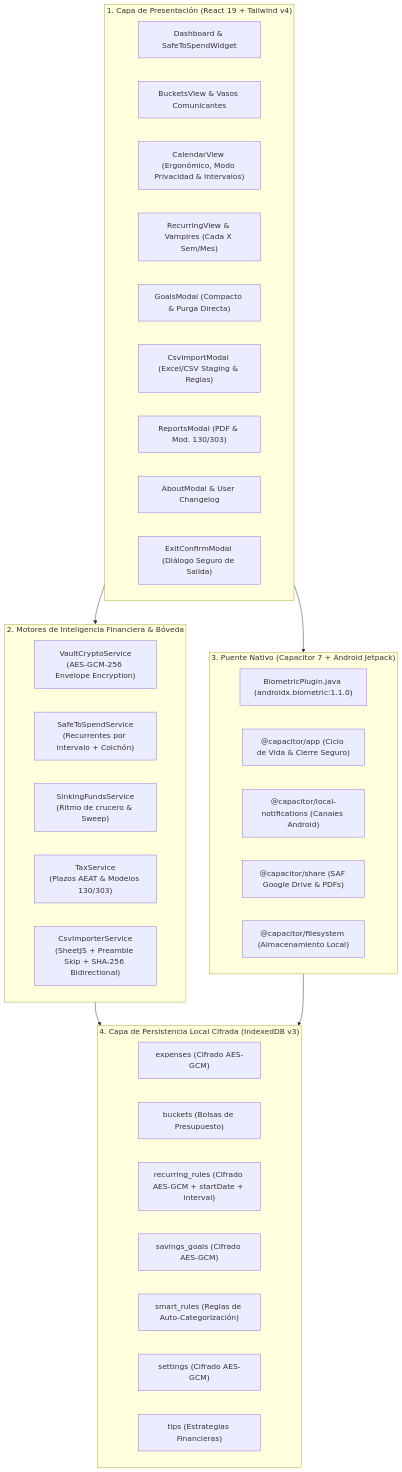
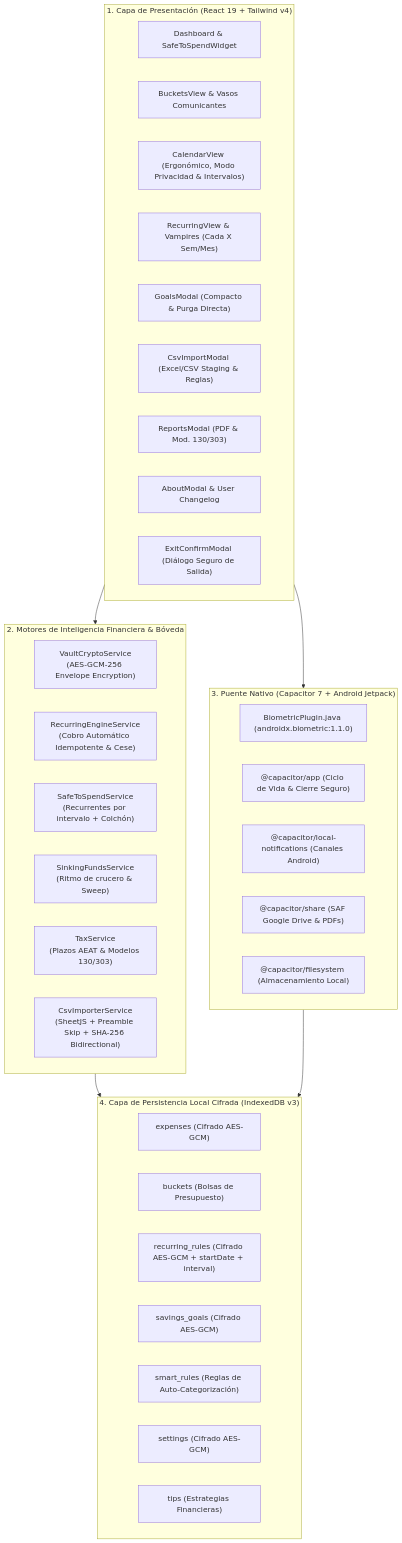
One commit to DavidLopezGarci4/CronoCash changed the diagram in docs/ARCHITECTURE.md. Above: the diagram before and after it, drawn with Mermaid. The commit also changed 17 other files, not shown here.

````diff
--- a/docs/ARCHITECTURE.md
+++ b/docs/ARCHITECTURE.md
@@ -26,45 +26,46 @@
 ```mermaid
 flowchart TD
     subgraph UI_LAYER["1. Capa de Presentación (React 19 + Tailwind v4)"]
         DASH["Dashboard & SafeToSpendWidget"]
         BUCKETS["BucketsView & Vasos Comunicantes"]
         CAL["CalendarView (Ergonómico, Modo Privacidad & Intervalos)"]
         REC["RecurringView & Vampires (Cada X Sem/Mes)"]
         GOALS["GoalsModal (Compacto & Purga Directa)"]
         IMP["CsvImportModal (Excel/CSV Staging & Reglas)"]
         REP["ReportsModal (PDF & Mod. 130/303)"]
         ABOUT["AboutModal & User Changelog"]
         EXIT["ExitConfirmModal (Diálogo Seguro de Salida)"]
     end
 
     subgraph ENGINE_LAYER["2. Motores de Inteligencia Financiera & Bóveda"]
         VAULT["VaultCryptoService<br/>(AES-GCM-256 Envelope Encryption)"]
+        REC_ENG["RecurringEngineService<br/>(Cobro Automático Idempotente & Cese)"]
         S2S["SafeToSpendService<br/>(Recurrentes por intervalo + Colchón)"]
         SINK["SinkingFundsService<br/>(Ritmo de crucero & Sweep)"]
         TAX["TaxService<br/>(Plazos AEAT & Modelos 130/303)"]
         CSV_ENG["CsvImporterService<br/>(SheetJS + Preamble Skip + SHA-256 Bidirectional)"]
     end
 
     subgraph BRIDGE_LAYER["3. Puente Nativo (Capacitor 7 + Android Jetpack)"]
         BIO_P["BiometricPlugin.java (androidx.biometric:1.1.0)"]
         CAP_APP["@capacitor/app (Ciclo de Vida & Cierre Seguro)"]
         NOTIF["@capacitor/local-notifications (Canales Android)"]
         SHARE["@capacitor/share (SAF Google Drive & PDFs)"]
         FILESYSTEM["@capacitor/filesystem (Almacenamiento Local)"]
     end
 
     subgraph DATA_LAYER["4. Capa de Persistencia Local Cifrada (IndexedDB v3)"]
         IDB_EXP["expenses (Cifrado AES-GCM)"]
         IDB_BUC["buckets (Bolsas de Presupuesto)"]
         IDB_REC["recurring_rules (Cifrado AES-GCM + startDate + interval)"]
         IDB_GOAL["savings_goals (Cifrado AES-GCM)"]
         IDB_RULE["smart_rules (Reglas de Auto-Categorización)"]
         IDB_SET["settings (Cifrado AES-GCM)"]
         IDB_TIP["tips (Estrategias Financieras)"]
     end
 
     UI_LAYER --> ENGINE_LAYER
     UI_LAYER --> BRIDGE_LAYER
     ENGINE_LAYER --> DATA_LAYER
     BRIDGE_LAYER --> DATA_LAYER
 ```
````
